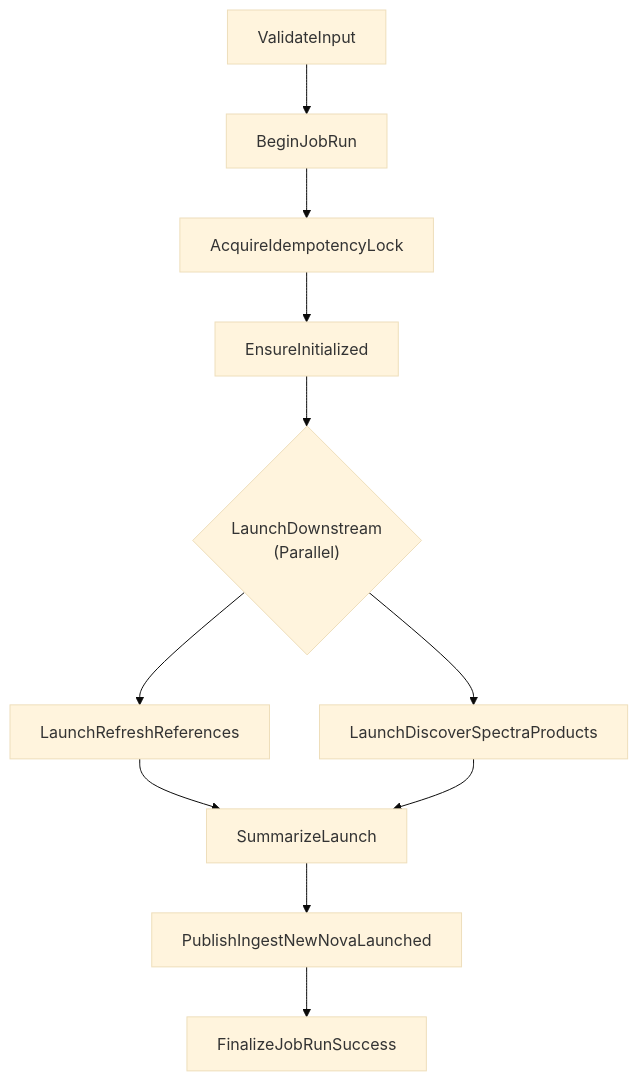
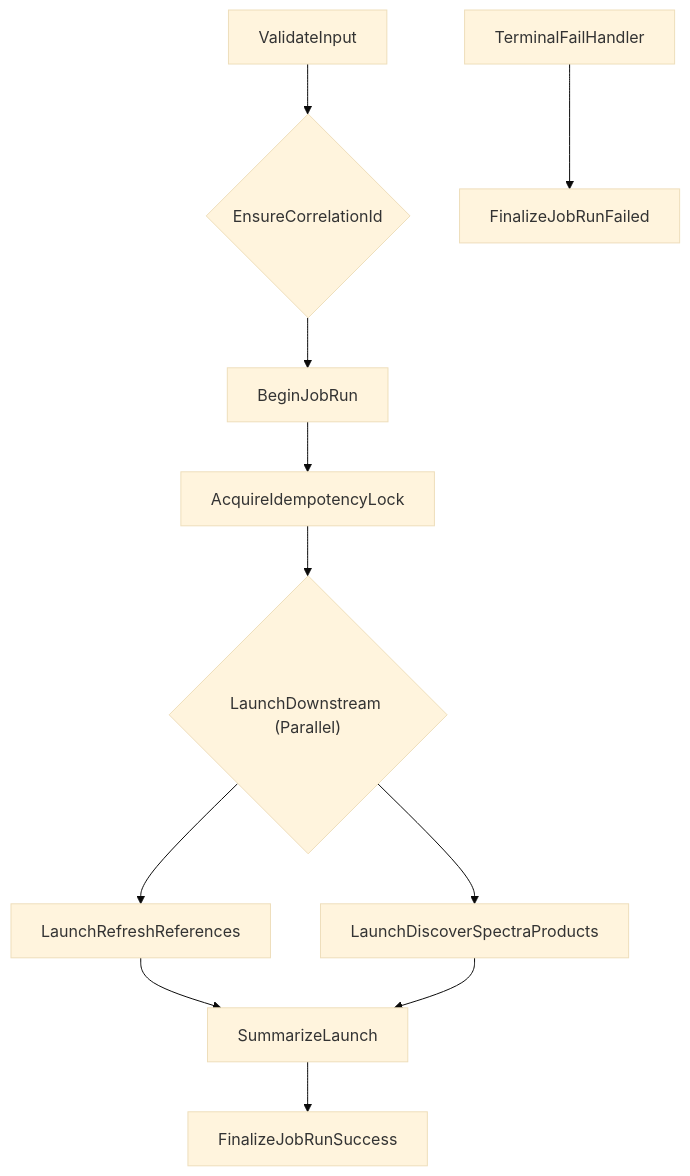
The diagram in docs/diagrams/workflow-ingest-new-nova.md (finzellt/aws_nova_cat), drawn with Mermaid (base theme) before and after one commit. The commit also changed 15 other files, not shown here.

Commit message:
chore(diagrams): regenerate workflow diagrams to reflect updated state machines

````diff
--- a/docs/diagrams/workflow-ingest-new-nova.md
+++ b/docs/diagrams/workflow-ingest-new-nova.md
@@ -1,11 +1,16 @@
 ```mermaid
 flowchart TD
-  A[ValidateInput] --> B[BeginJobRun] --> C[AcquireIdempotencyLock]
-  C --> D[EnsureInitialized]
-  D --> P{"LaunchDownstream</br> (Parallel)"}
-  P --> R[LaunchRefreshReferences]
-  P --> S[LaunchDiscoverSpectraProducts]
-  R --> M[SummarizeLaunch] --> E[PublishIngestNewNovaLaunched] --> F[FinalizeJobRunSuccess]
-  S --> M
+  A[ValidateInput] --> B{EnsureCorrelationId}
+  B --> C[BeginJobRun]
+  C --> D[AcquireIdempotencyLock]
+  D --> E{"LaunchDownstream (Parallel)"}
+
+  E --> F[LaunchRefreshReferences]
+  E --> G[LaunchDiscoverSpectraProducts]
+  F --> H[SummarizeLaunch]
+  G --> H
+  H --> I[FinalizeJobRunSuccess]
+
+  T[TerminalFailHandler] --> U[FinalizeJobRunFailed]
 
 ```
````
